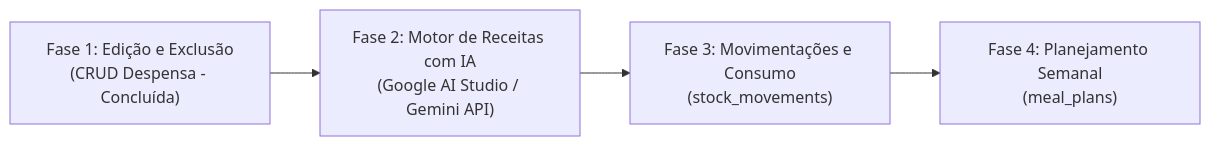
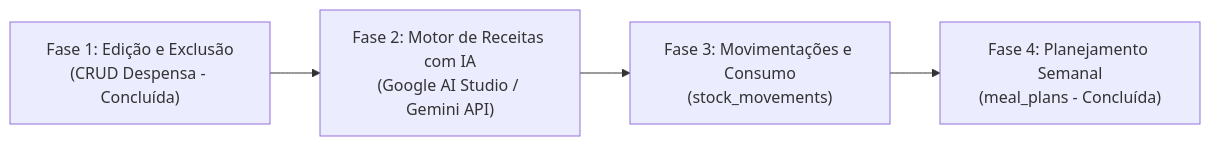
Before and after one commit to bongiovanii/Smart-Pantry: the diagram in docs/plano_implementacao_v2.md, drawn with Mermaid. The commit also changed other lines of this file and 12 other files, not shown here.

First line of the commit message:
feat(planejamento): implementar planejamento semanal persistente (Fase 4)

````diff
--- a/docs/plano_implementacao_v2.md
+++ b/docs/plano_implementacao_v2.md
@@ -9,6 +9,6 @@
 ```mermaid
 flowchart LR
     Fase1["Fase 1: Edição e Exclusão<br/>(CRUD Despensa - Concluída)"] --> Fase2["Fase 2: Motor de Receitas com IA<br/>(Google AI Studio / Gemini API)"]
     Fase2 --> Fase3["Fase 3: Movimentações e Consumo<br/>(stock_movements)"]
-    Fase3 --> Fase4["Fase 4: Planejamento Semanal<br/>(meal_plans)"]
+    Fase3 --> Fase4["Fase 4: Planejamento Semanal<br/>(meal_plans - Concluída)"]
 ```
````
